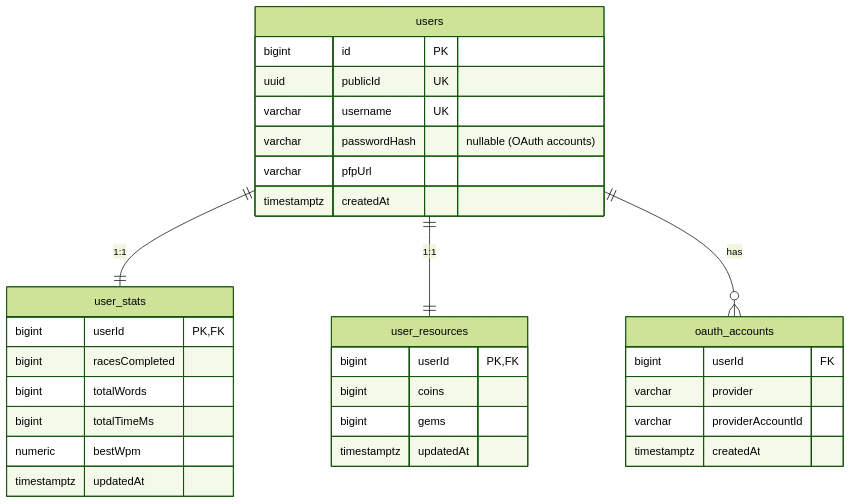
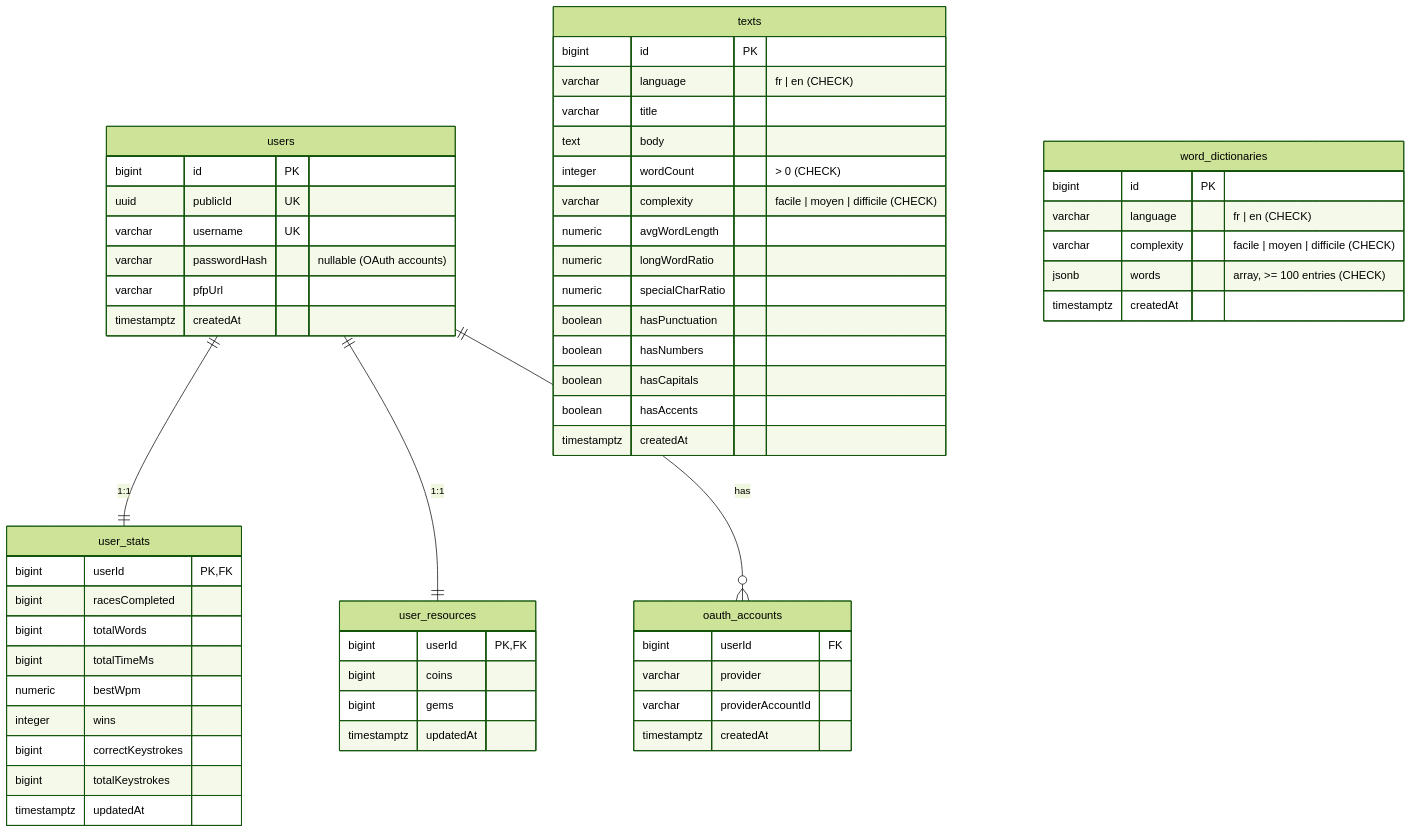
The first of 3 diagrams in doc/ARCHITECTURE.md (Extrajulien/dwarven-scriptures), drawn with Mermaid (forest theme) before and after one commit. The commit also changed other lines of this file and 2 other files, not shown here.

Commit message:
docs: document texts schema, seed and updated EXIGENCES status

````diff
--- a/doc/ARCHITECTURE.md
+++ b/doc/ARCHITECTURE.md
@@ -31,34 +32,60 @@
 ```mermaid
 erDiagram
     users {
         bigint id PK
         uuid publicId UK
         varchar username UK
         varchar passwordHash "nullable (OAuth accounts)"
         varchar pfpUrl
         timestamptz createdAt
     }
     user_stats {
         bigint userId PK, FK
         bigint racesCompleted
         bigint totalWords
         bigint totalTimeMs
         numeric bestWpm
+        integer wins
+        bigint correctKeystrokes
+        bigint totalKeystrokes
         timestamptz updatedAt
     }
     user_resources {
         bigint userId PK, FK
         bigint coins
         bigint gems
         timestamptz updatedAt
     }
     oauth_accounts {
         bigint userId FK
         varchar provider
         varchar providerAccountId
         timestamptz createdAt
     }
+    texts {
+        bigint id PK
+        varchar language "fr | en (CHECK)"
+        varchar title
+        text body
+        integer wordCount "> 0 (CHECK)"
+        varchar complexity "facile | moyen | difficile (CHECK)"
+        numeric avgWordLength
+        numeric longWordRatio
+        numeric specialCharRatio
+        boolean hasPunctuation
+        boolean hasNumbers
+        boolean hasCapitals
+        boolean hasAccents
+        timestamptz createdAt
+    }
+    word_dictionaries {
+        bigint id PK
+        varchar language "fr | en (CHECK)"
+        varchar complexity "facile | moyen | difficile (CHECK)"
+        jsonb words "array, >= 100 entries (CHECK)"
+        timestamptz createdAt
+    }
     users ||--|| user_stats : "1:1"
     users ||--|| user_resources : "1:1"
     users ||--o{ oauth_accounts : "has"
 ```
````
